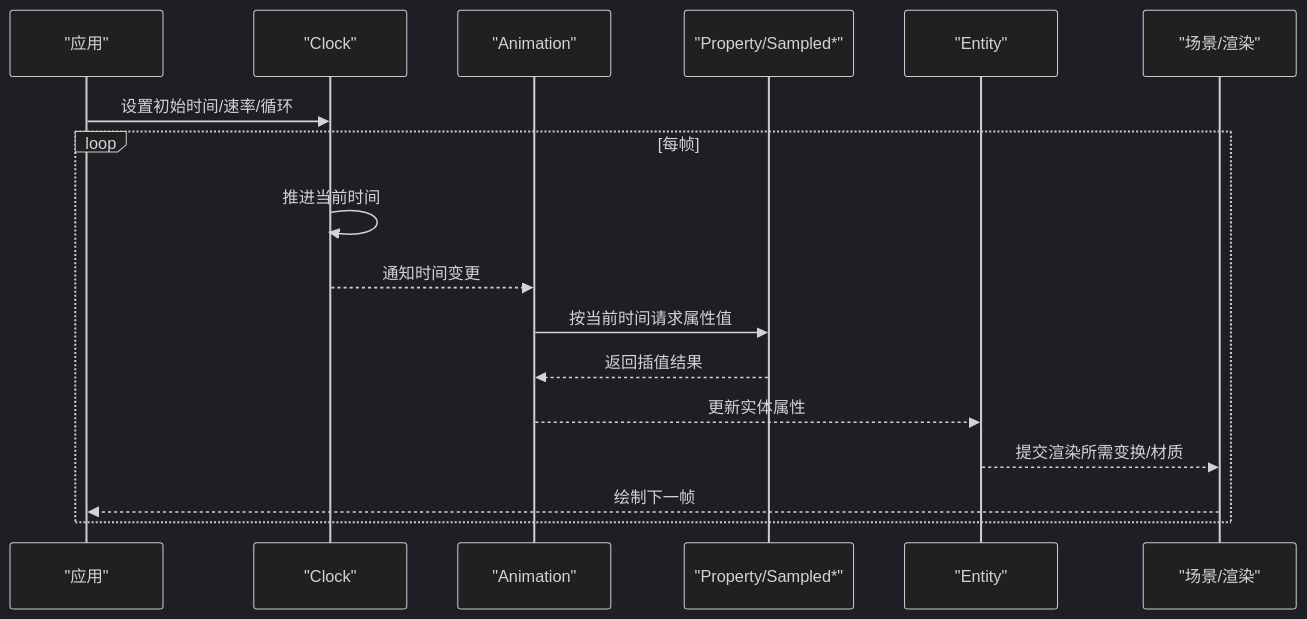
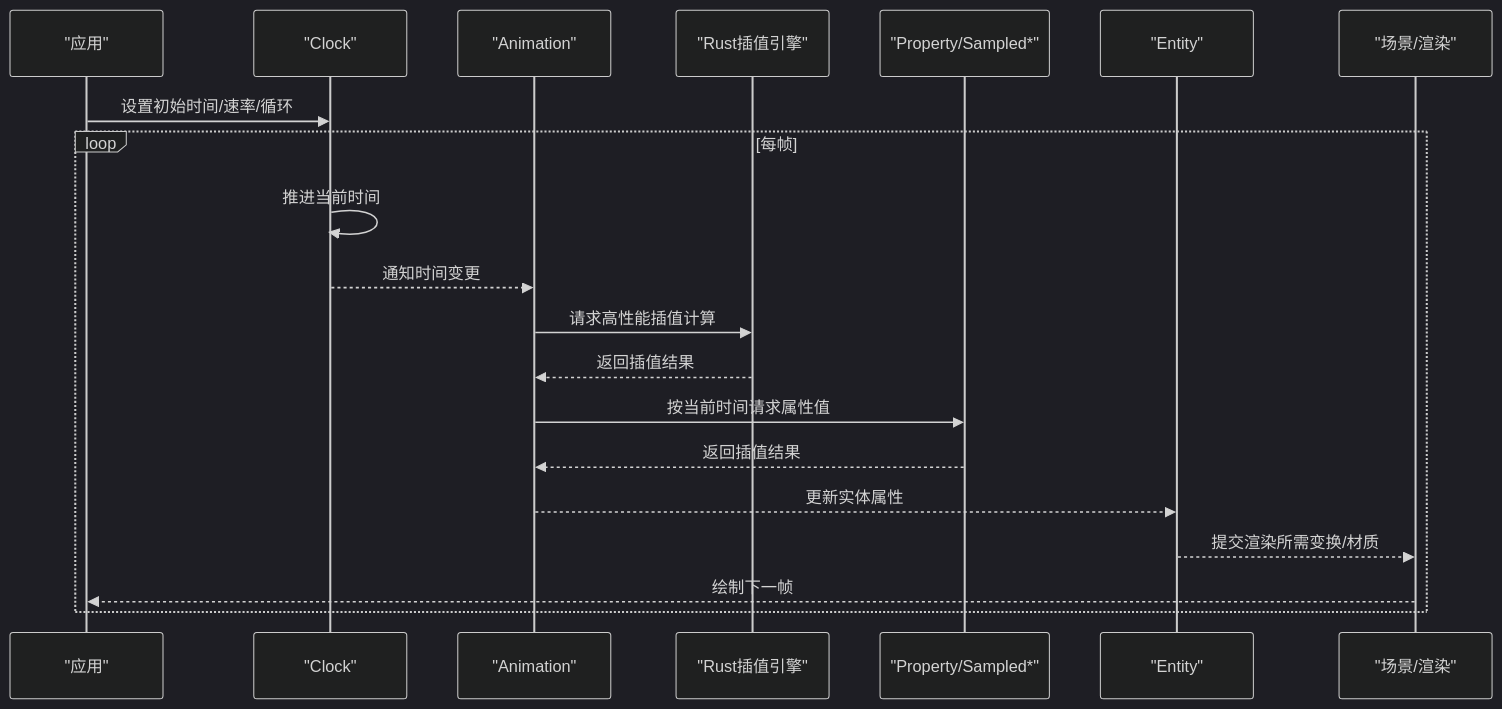
One commit to rzhangjing/cesium changed the second of 13 diagrams in .qoder/repowiki/zh/content/项目概述/核心特性/动画与时间系统.md. Above: the diagram before and after it, drawn with Mermaid (dark theme). The commit also changed other lines of this file and 60 other files, not shown here.

````diff
--- a/.qoder/repowiki/zh/content/项目概述/核心特性/动画与时间系统.md
+++ b/.qoder/repowiki/zh/content/项目概述/核心特性/动画与时间系统.md
@@ -145,19 +176,22 @@
 ```mermaid
 sequenceDiagram
 participant App as "应用"
 participant Clock as "Clock"
 participant Anim as "Animation"
+participant Intp as "Rust插值引擎"
 participant Prop as "Property/Sampled*"
 participant Ent as "Entity"
 participant Scene as "场景/渲染"
 App->>Clock : 设置初始时间/速率/循环
 loop 每帧
 Clock->>Clock : 推进当前时间
 Clock-->>Anim : 通知时间变更
+Anim->>Intp : 请求高性能插值计算
+Intp-->>Anim : 返回插值结果
 Anim->>Prop : 按当前时间请求属性值
 Prop-->>Anim : 返回插值结果
 Anim-->>Ent : 更新实体属性
 Ent-->>Scene : 提交渲染所需变换/材质
 Scene-->>App : 绘制下一帧
 end
 ```
````
